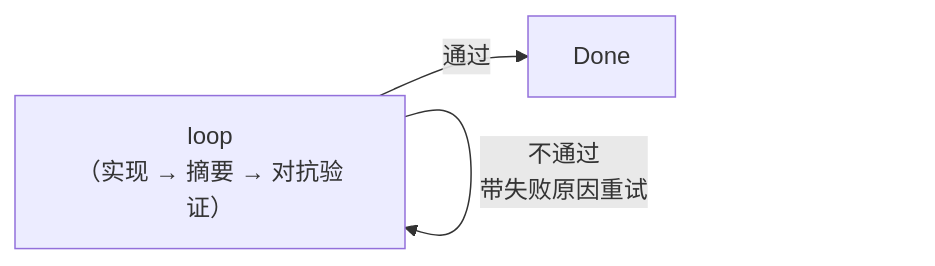
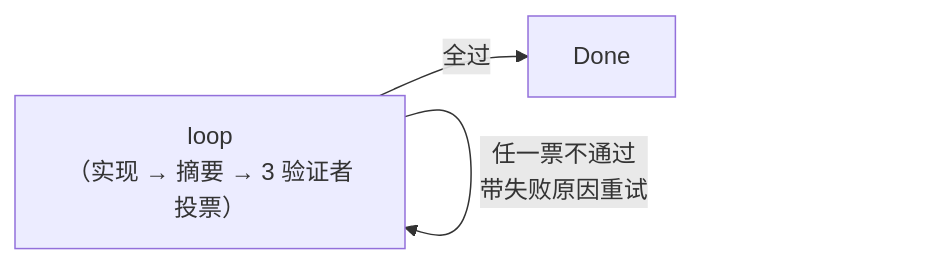
One commit to 534529531/ralph-flow changed the second of 3 diagrams in README.md. Above: the diagram before and after it, drawn with Mermaid. The commit also changed other lines of this file and 15 other files, not shown here.

````diff
--- a/README.md
+++ b/README.md
@@ -166,5 +167,5 @@
 ```mermaid
 flowchart LR
-    L["loop<br/>（实现 → 摘要 → 对抗验证）"] -->|不通过<br/>带失败原因重试| L
-    L -->|通过| Done
+    L["loop<br/>（实现 → 摘要 → 3 验证者投票）"] -->|任一票不通过<br/>带失败原因重试| L
+    L -->|全过| Done
 ```
````
